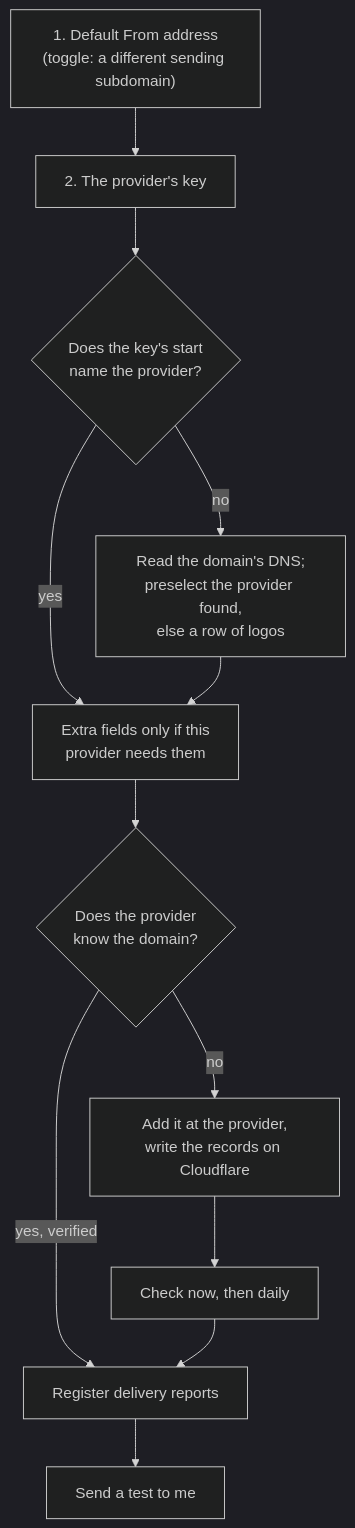
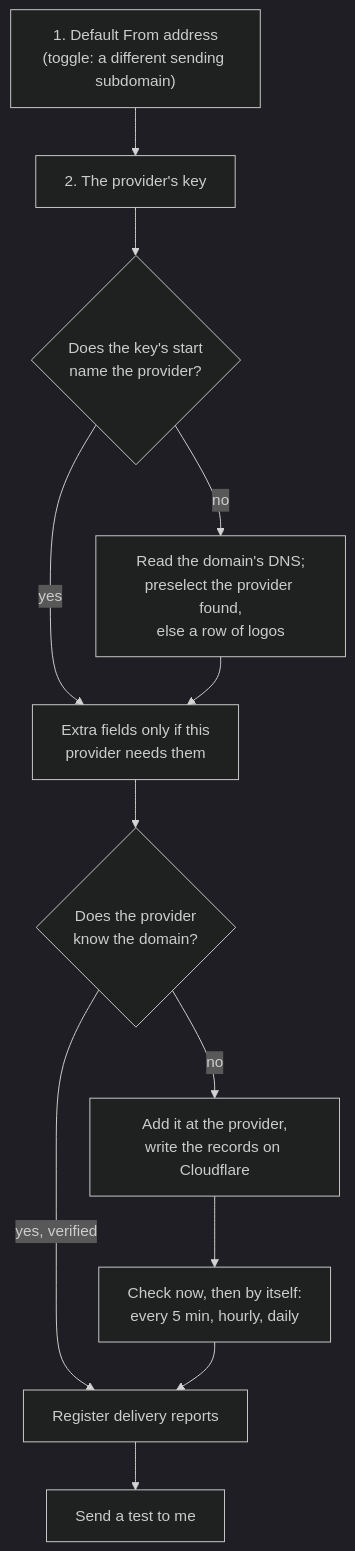
The diagram in synced-docs/oltrem-mail/docs/setup.md (Harshil8136/chess-game1), drawn with Mermaid (dark theme) before and after one commit. The commit also changed other lines of this file and 9 other files, not shown here.

````diff
--- a/synced-docs/oltrem-mail/docs/setup.md
+++ b/synced-docs/oltrem-mail/docs/setup.md
@@ -18,14 +18,14 @@
 ```mermaid
 flowchart TD
   from["1. Default From address<br/>(toggle: a different sending subdomain)"] --> key["2. The provider's key"]
   key --> who{"Does the key's start<br/>name the provider?"}
   who -- "yes" --> extra["Extra fields only if this<br/>provider needs them"]
   who -- "no" --> dnslook["Read the domain's DNS;<br/>preselect the provider found,<br/>else a row of logos"]
   dnslook --> extra
   extra --> look{"Does the provider<br/>know the domain?"}
   look -- "yes, verified" --> hooks["Register delivery reports"]
   look -- "no" --> add["Add it at the provider,<br/>write the records on Cloudflare"]
-  add --> check["Check now, then daily"]
+  add --> check["Check now, then by itself:<br/>every 5 min, hourly, daily"]
   check --> hooks
   hooks --> test["Send a test to me"]
 ```
````
